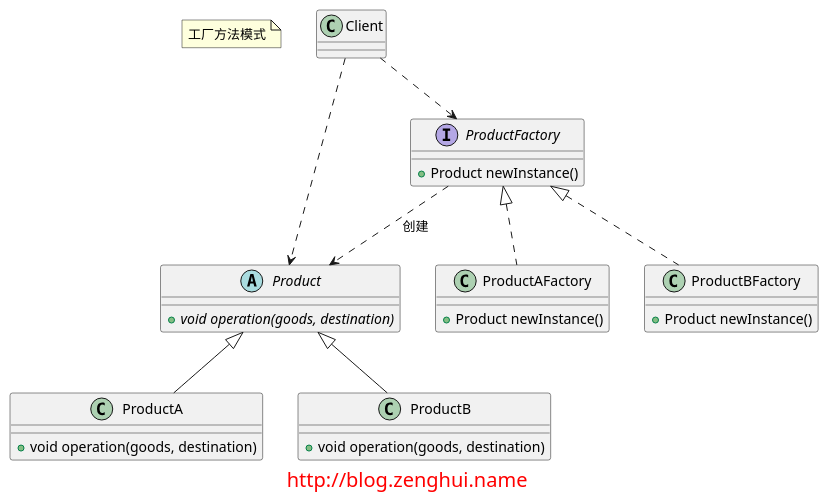
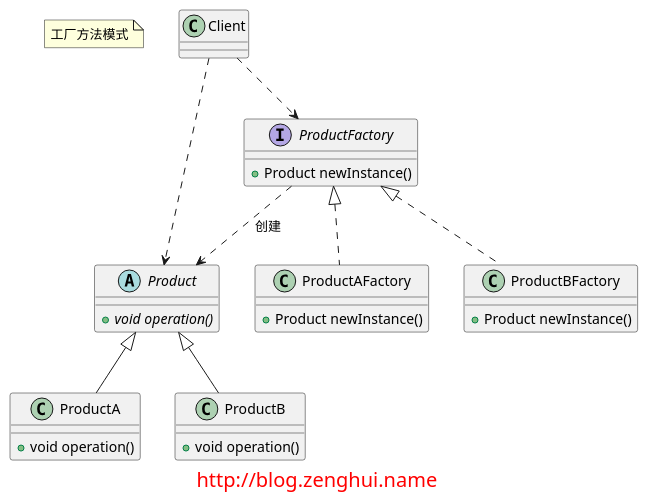
Before and after one commit to elvinzeng/java-design-pattern-samples: the diagram in factory-method/diagrams/pattern.puml, drawn with PlantUML. The commit also changed 1 other file, not shown here.

Commit message:
更新工厂方法模式类图

```diff
--- a/factory-method/diagrams/pattern.puml
+++ b/factory-method/diagrams/pattern.puml
@@ -1,42 +1,42 @@
 @startuml
 
 note "工厂方法模式" as name
 
 abstract class Product{
-    + {abstract} void operation(goods, destination)
+    + {abstract} void operation()
 }
 
 class ProductA extends Product{
-    + void operation(goods, destination)
+    + void operation()
 }
 
 class ProductB extends Product{
-    + void operation(goods, destination)
+    + void operation()
 }
 
 interface ProductFactory{
     + Product newInstance()
 }
 
 class ProductAFactory implements ProductFactory{
     + Product newInstance()
 }
 
 class ProductBFactory implements ProductFactory{
     + Product newInstance()
 }
 
 
 ProductFactory ..> Product : 创建
 
 class Client{
 }
 
 Client ..> ProductFactory
 Client ..> Product
 
 footer
 <font size="20" color="red">http://blog.zenghui.name</font>
 endfooter
 
 @enduml
```
